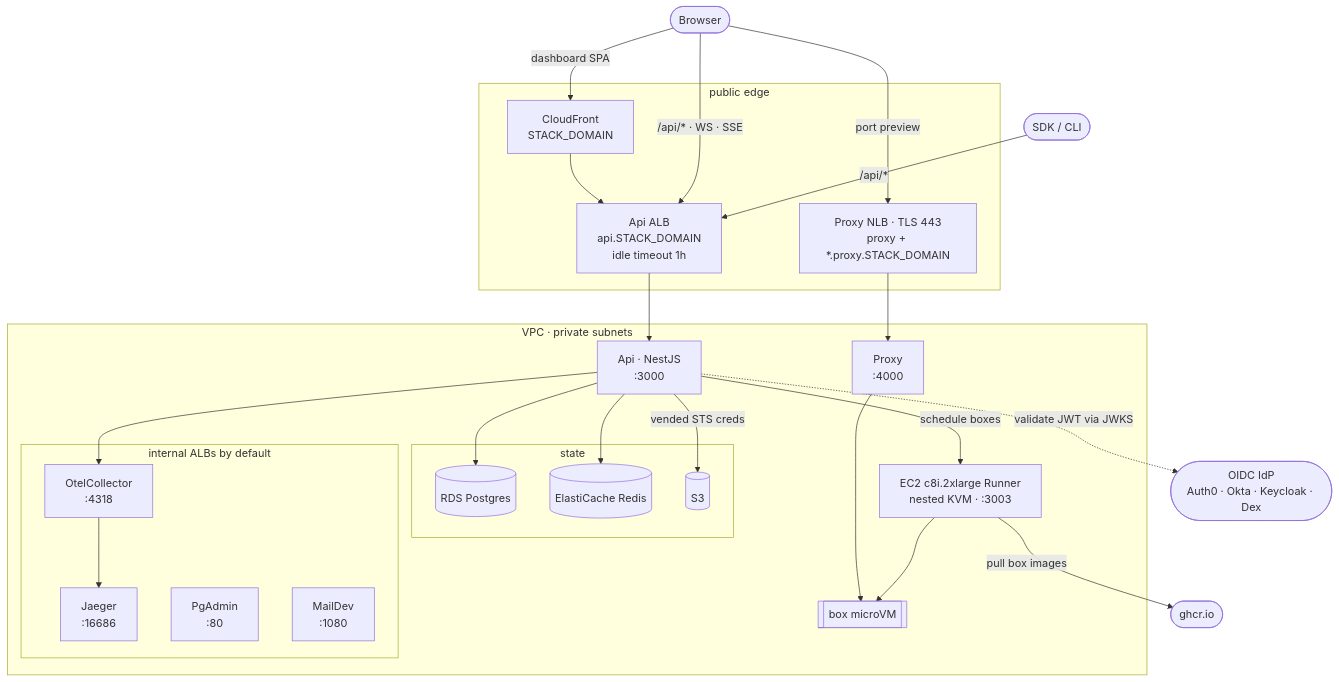
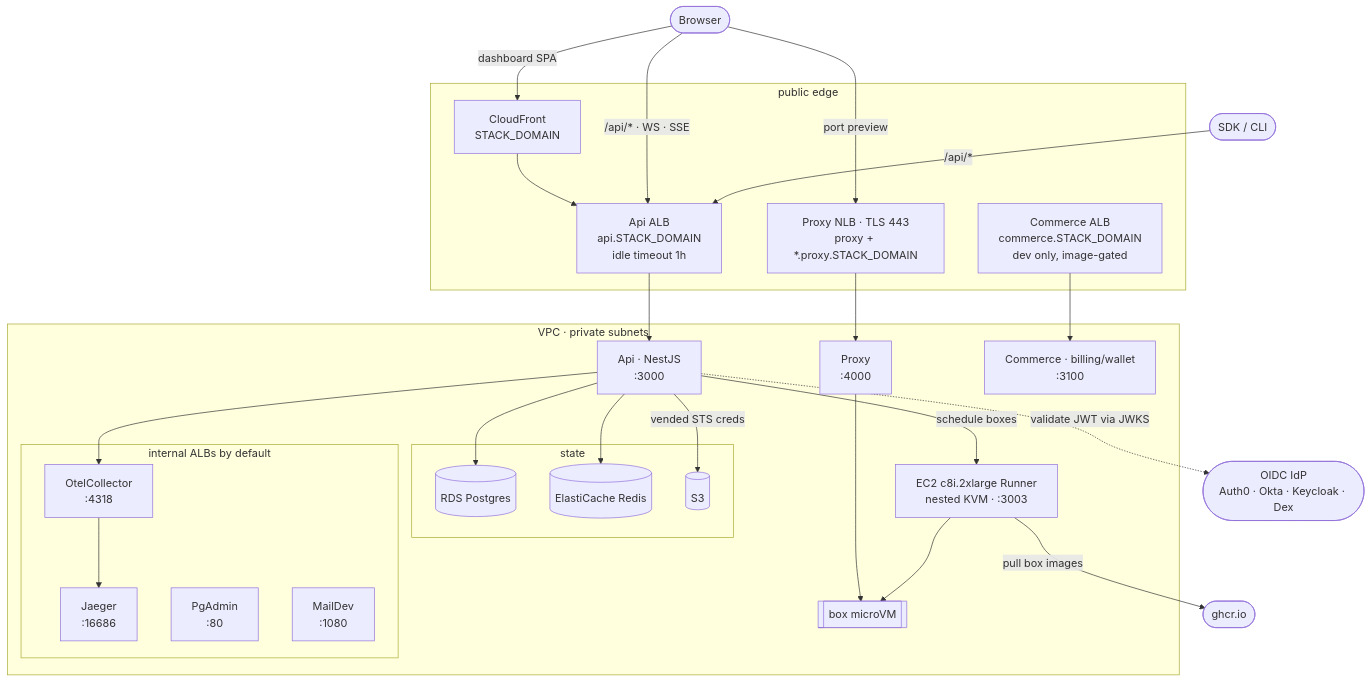
The diagram in apps/infra/README.md (boxlite-ai/boxlite), drawn with Mermaid before and after one commit. The commit also changed 7 other files, not shown here.

First line of the commit message:
feat(infra): run the commerce billing service on the dev stack

````diff
--- a/apps/infra/README.md
+++ b/apps/infra/README.md
@@ -15,53 +15,56 @@
 ```mermaid
 flowchart TB
     browser(["Browser"])
     sdk(["SDK / CLI"])
     idp(["OIDC IdP<br/>Auth0 · Okta · Keycloak · Dex"])
     ghcr(["ghcr.io"])
 
     subgraph edge["public edge"]
         cf["CloudFront<br/>STACK_DOMAIN"]
         alb["Api ALB<br/>api.STACK_DOMAIN<br/>idle timeout 1h"]
         nlb["Proxy NLB · TLS 443<br/>proxy + *.proxy.STACK_DOMAIN"]
+        calb["Commerce ALB<br/>commerce.STACK_DOMAIN<br/>dev only, image-gated"]
     end
 
     subgraph vpc["VPC · private subnets"]
         api["Api · NestJS<br/>:3000"]
         proxy["Proxy<br/>:4000"]
+        commerce["Commerce · billing/wallet<br/>:3100"]
         runner["EC2 c8i.2xlarge Runner<br/>nested KVM · :3003"]
         box[["box microVM"]]
 
         subgraph store["state"]
             pg[("RDS Postgres")]
             redis[("ElastiCache Redis")]
             s3[("S3")]
         end
 
         subgraph obs["internal ALBs by default"]
             otel["OtelCollector<br/>:4318"]
             jaeger["Jaeger<br/>:16686"]
             pgadmin["PgAdmin<br/>:80"]
             maildev["MailDev<br/>:1080"]
         end
     end
 
     browser -->|"dashboard SPA"| cf
     cf --> alb
     browser -->|"/api/* · WS · SSE"| alb
     sdk -->|"/api/*"| alb
     browser -->|"port preview"| nlb
 
     alb --> api
     nlb --> proxy
+    calb --> commerce
     proxy --> box
     runner --> box
 
     api --> pg
     api --> redis
     api -->|"vended STS creds"| s3
     api -->|"schedule boxes"| runner
     api -.->|"validate JWT via JWKS"| idp
     api --> otel
     otel --> jaeger
     runner -->|"pull box images"| ghcr
 ```
````
